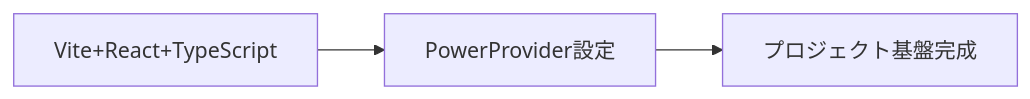
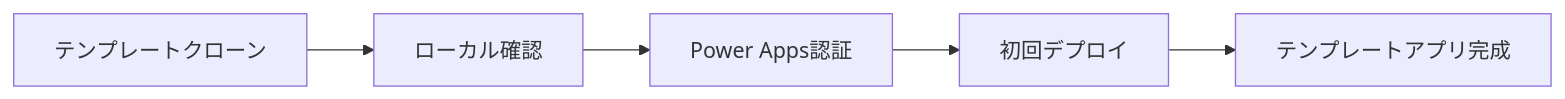
The third of 7 diagrams in README.md (PLUG365/DecisionFlow), drawn with Mermaid before and after one commit. The commit also changed other lines of this file and 7 other files, not shown here.

````diff
--- a/README.md
+++ b/README.md
@@ -154,5 +154,7 @@
 ```mermaid
 graph LR
-    A[Vite+React+TypeScript] --> B[PowerProvider設定]
-    B --> C[プロジェクト基盤完成]
+    A[テンプレートクローン] --> B[ローカル確認]
+    B --> C[Power Apps認証]
+    C --> D[初回デプロイ]
+    D --> E[テンプレートアプリ完成]
 ```
````
